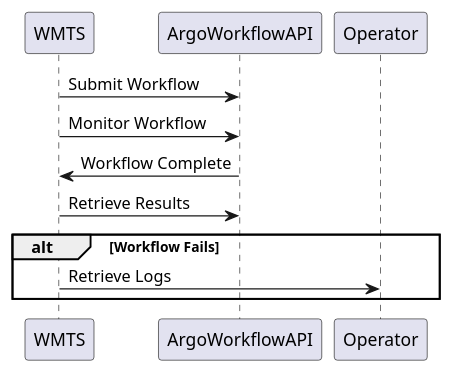
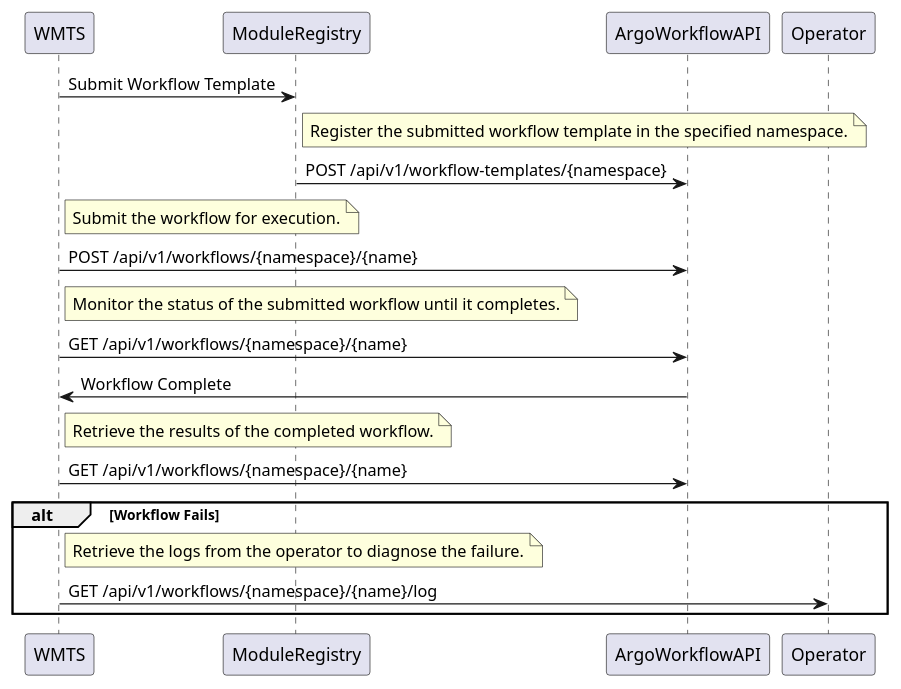
One commit to christophenoel/argo-workflows changed the second of 2 diagrams in docs/user_manual.md. Above: the diagram before and after it, drawn with PlantUML. The commit also changed other lines of this file and 2 other files, not shown here.

````diff
--- a/docs/user_manual.md
+++ b/docs/user_manual.md
@@ -100,16 +87,39 @@
 ```puml
 @startuml
 participant WMTS
+participant ModuleRegistry
 participant ArgoWorkflowAPI
 participant Operator
 
-WMTS -> ArgoWorkflowAPI: Submit Workflow
-WMTS -> ArgoWorkflowAPI: Monitor Workflow
+WMTS -> ModuleRegistry: Submit Workflow Template
+
+note right of ModuleRegistry
+  Register the submitted workflow template in the specified namespace.
+end note
+ModuleRegistry -> ArgoWorkflowAPI: POST /api/v1/workflow-templates/{namespace}
+
+note right of WMTS
+  Submit the workflow for execution.
+end note
+WMTS -> ArgoWorkflowAPI: POST /api/v1/workflows/{namespace}/{name}
+
+note right of WMTS
+  Monitor the status of the submitted workflow until it completes.
+end note
+WMTS -> ArgoWorkflowAPI: GET /api/v1/workflows/{namespace}/{name}
+
 ArgoWorkflowAPI -> WMTS: Workflow Complete
-WMTS -> ArgoWorkflowAPI: Retrieve Results
+
+note right of WMTS
+  Retrieve the results of the completed workflow.
+end note
+WMTS -> ArgoWorkflowAPI: GET /api/v1/workflows/{namespace}/{name}
+
 alt Workflow Fails
-WMTS -> Operator: Retrieve Logs
+note right of WMTS
+  Retrieve the logs from the operator to diagnose the failure.
+end note
+WMTS -> Operator: GET /api/v1/workflows/{namespace}/{name}/log
 end
 @enduml
-
 ```
````
